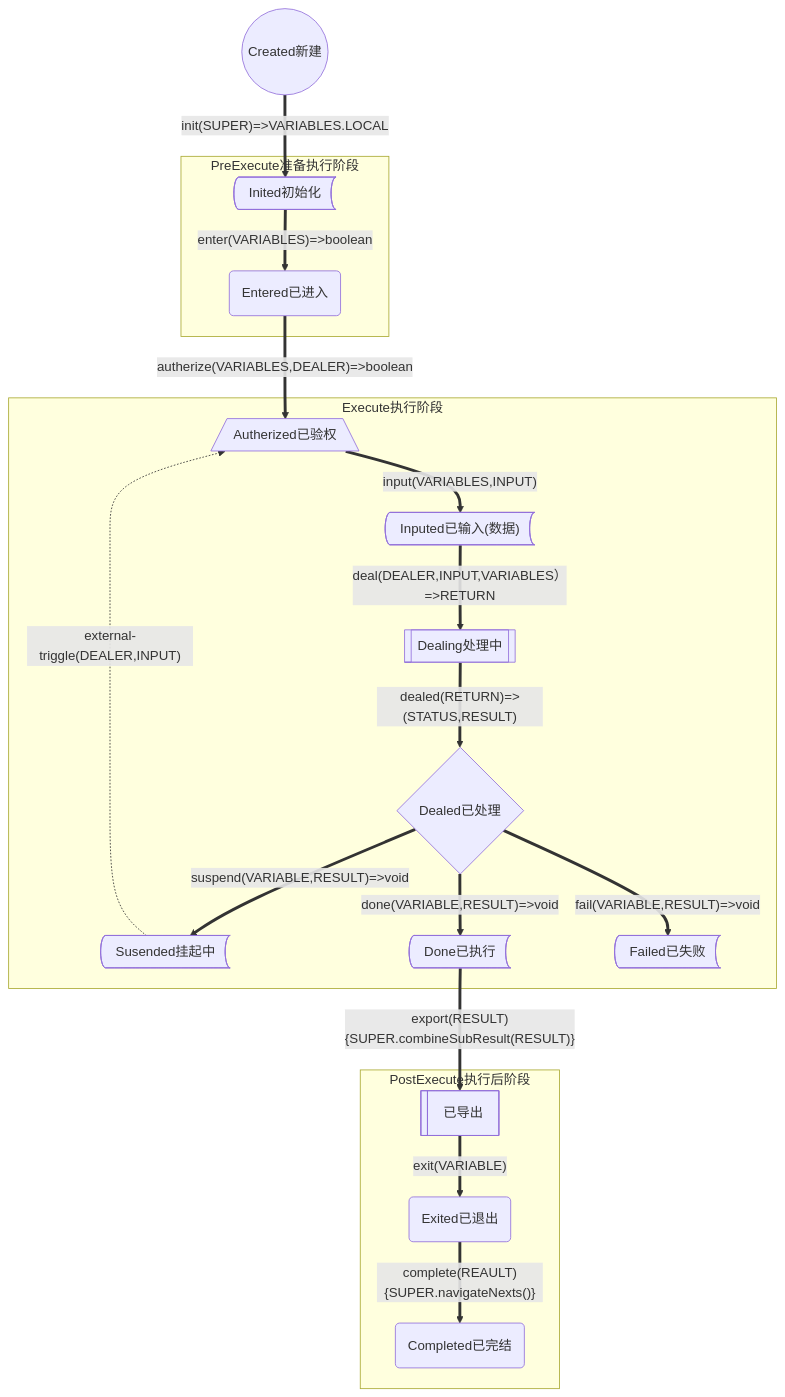
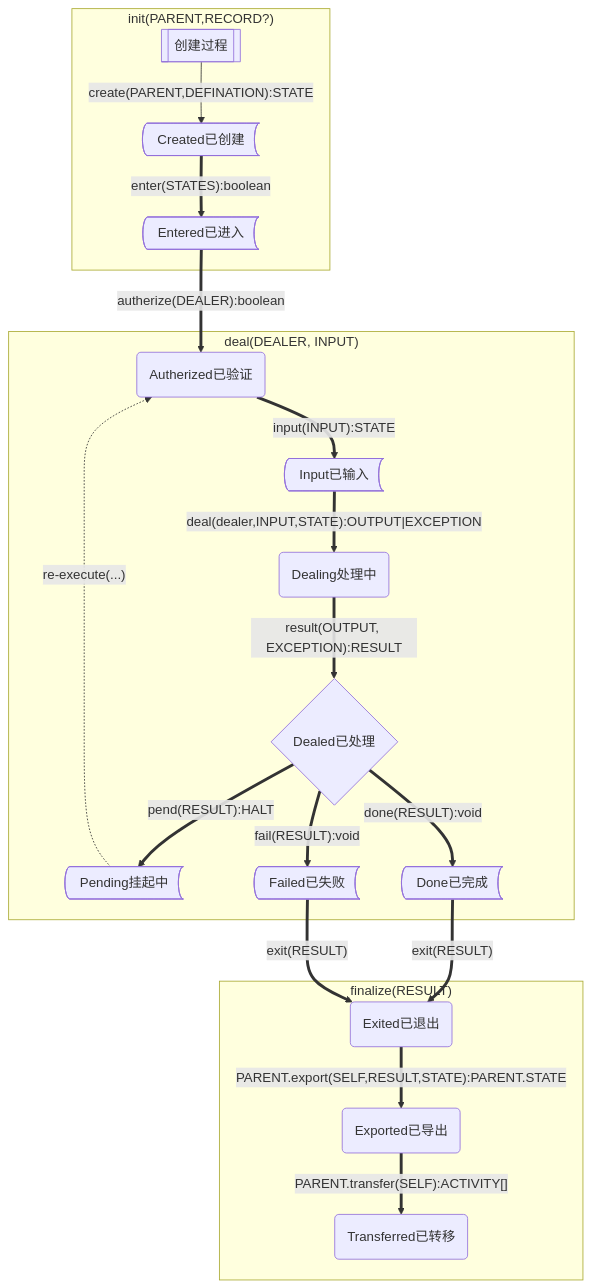
One commit to yitek/continum.workflow changed the diagram in execute_status.md. Above: the diagram before and after it, drawn with Mermaid. The commit also changed other lines of this file, not shown here.

Commit message:
Refactor activity status diagram in execute_status.md

````diff
--- a/execute_status.md
+++ b/execute_status.md
@@ -3,105 +2,87 @@
 ```mermaid
 graph TD
-Created@{
-    label : "Created新建"
-    shape: circle
-    curve: linear
-}
-subgraph  PreExecute准备执行阶段
-    Inited@{
-        label : "Inited初始化"
+
+subgraph "init(PARENT,RECORD?)"
+    Creation[[创建过程]]
+    --create(PARENT,DEFINATION):STATE-->
+    Created@{
+        label : "Created已创建"
         shape: bow-rect
         curve: linear
     }
+    ==enter(STATES):boolean==>
     Entered@{
         label : "Entered已进入"
+        shape: bow-rect
+        curve: linear
+    }
+end
+subgraph "deal(DEALER, INPUT)"
+    Entered==autherize(DEALER):boolean==>
+    Autherized@{
+        label: "Autherized已验证"
         shape: rounded
         curve: linear
     }
-    
-    Inited      =="enter(VARIABLES)=>boolean"==>   Entered
-end
-Created     =="init(SUPER)=>VARIABLES.LOCAL"==>   Inited
-
-
-subgraph  Execute执行阶段
-    Autherized@{
-        label : "Autherized已验权"
-        shape: trap-b
-        curve: linear
-    }
-
-    Inputed@{
-        label : "Inputed已输入(数据)"
+    ==input(INPUT):STATE==>
+    Input@{
+        label: "Input已输入"
         shape: bow-rect
         curve: linear
     }
-
+    ==deal(dealer,INPUT,STATE):OUTPUT|EXCEPTION==>
     Dealing@{
-        label : "Dealing处理中"
-        shape: subproc
+        label: "Dealing处理中"
+        shape: rounded
         curve: linear
     }
-
+    ==result(OUTPUT, EXCEPTION):RESULT==>
     Dealed@{
         label: "Dealed已处理"
         shape: diamond
         curve: linear
     }
-
-    Suspended@{
-        label : "Susended挂起中"
+    ==pend(RESULT):HALT==>
+    Pending@{
+        label: "Pending挂起中"
         shape: bow-rect
         curve: linear
     }
-
-    Done@{
-        label : "Done已执行"
+    Pending -."re-execute(...)".->Autherized
+    Dealed ==fail(RESULT):void==>
+    Failed@{
+        label: "Failed已失败"
         shape: bow-rect
         curve: linear
     }
-
-    Failed@{
-        label : "Failed已失败"
+    Dealed ==done(RESULT):void==>
+    Done@{
+        label: "Done已完成"
         shape: bow-rect
         curve: linear
     }
-
-    
-    Autherized      =="input(VARIABLES,INPUT)"==>       Inputed
-    Inputed         =="deal(DEALER,INPUT,VARIABLES）=>RETURN"==>       Dealing
-    Dealing         =="dealed(RETURN)=>(STATUS,RESULT)"==>       Dealed
-    Dealed          =="suspend(VARIABLE,RESULT)=>void"==>       Suspended
-    Dealed          =="fail(VARIABLE,RESULT)=>void"==>       Failed
-    Dealed          =="done(VARIABLE,RESULT)=>void"==>       Done
-
 end
 
-Entered =="autherize(VARIABLES,DEALER)=>boolean"==> Autherized
-
-Suspended -.external-triggle(DEALER,INPUT).-> Autherized
-
-subgraph  PostExecute执行后阶段
+subgraph "finalize(RESULT)"
+    Done ==exit(RESULT)==> Exited
+    Failed ==exit(RESULT)==> Exited
+    Exited@{
+        label: "Exited已退出"
+        shape: rounded
+        curve: linear
+    }
+    ==PARENT.export(SELF,RESULT,STATE):PARENT.STATE==>
+    Exported@{
+        label: "Exported已导出"
+        shape: rounded
+        curve: linear
+    }
+    ==PARENT.transfer(SELF):ACTIVITY[]==>
+    Transferred@{
+        label: "Transferred已转移"
+        shape: rounded
+        curve: linear
+    }
     
-
-    Exported@{ 
-        shape: lin-rect
-        label: "已导出" 
-    }
-
-    Exited@{
-        label : "Exited已退出"
-        shape: rounded
-    }
-
-    Completed@{
-        label : "Completed已完结"
-        shape: rounded
-    }
-    Exported    =="exit(VARIABLE)"==>       Exited
-    Exited      =="complete(REAULT){SUPER.navigateNexts()}"==> Completed
 end
-
-Done    =="export(RESULT){SUPER.combineSubResult(RESULT)}"==> Exported
-
 ```
````
